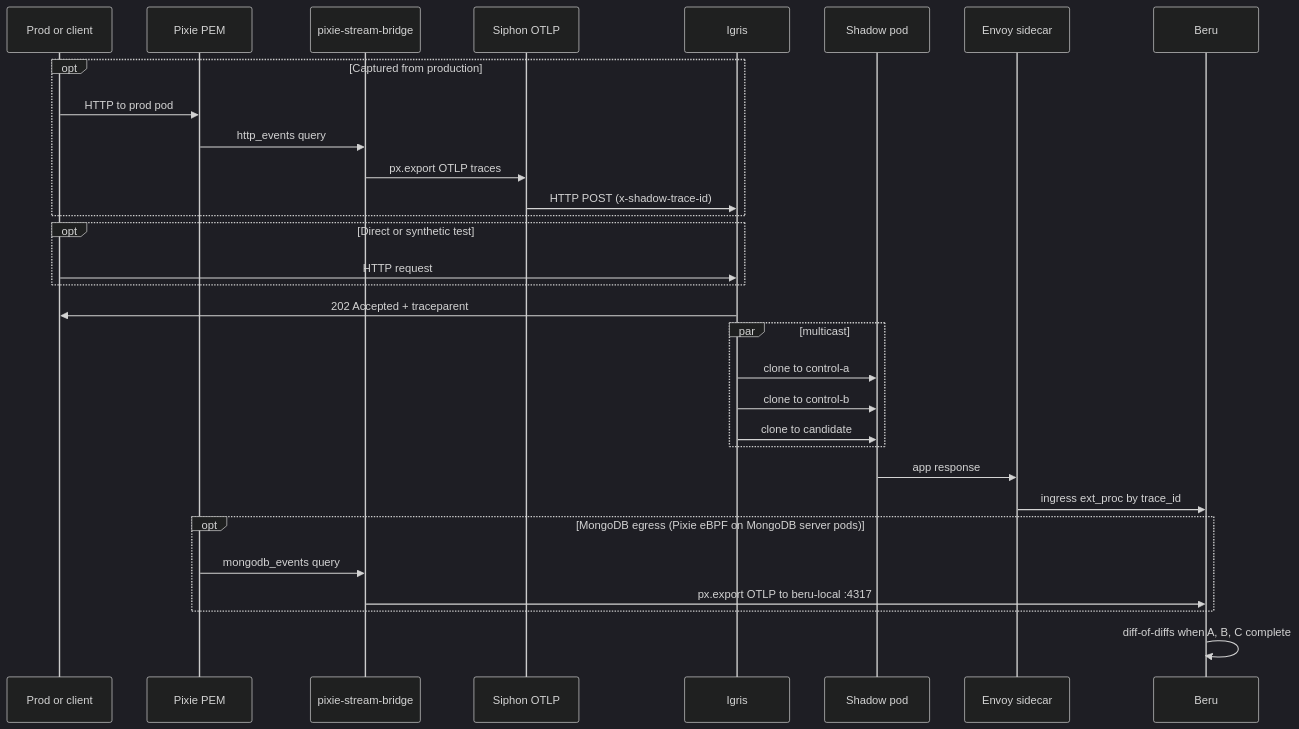
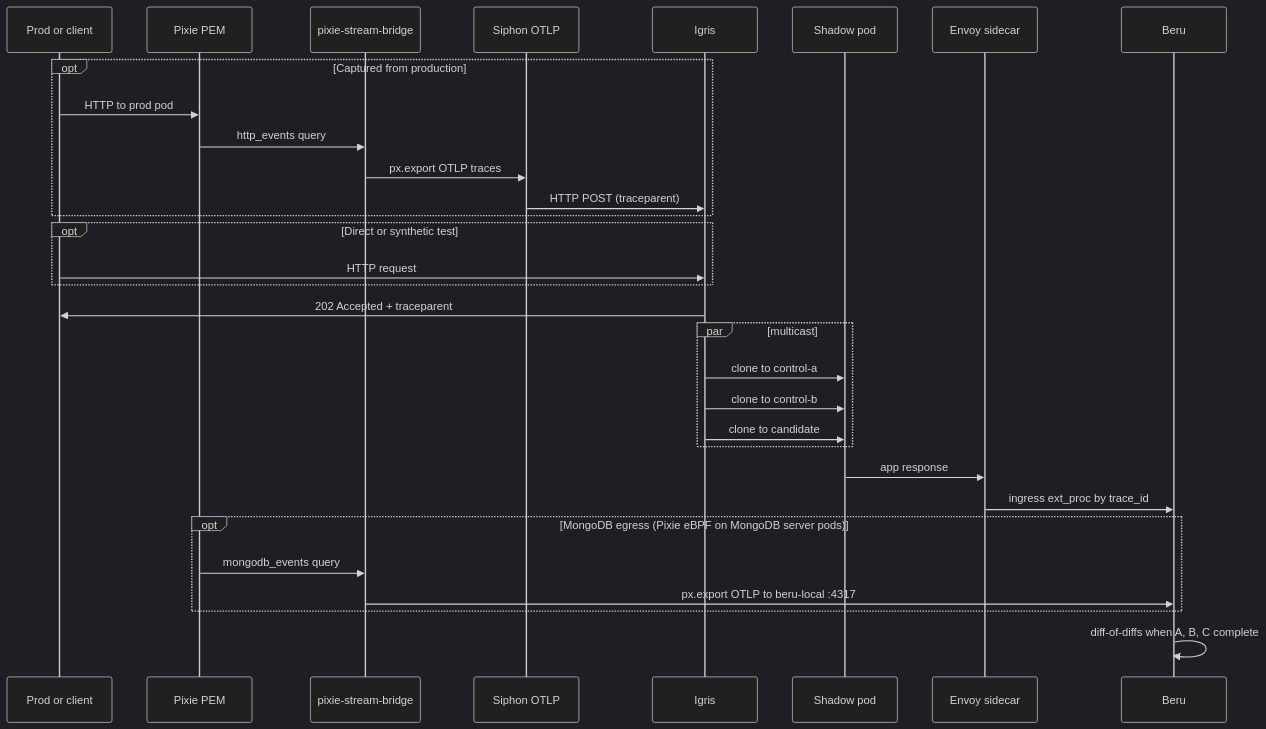
The third of 5 diagrams in docs/architecture/ARCHITECTURE.md (nederrgo/shadow-diff), drawn with Mermaid (dark theme) before and after one commit. The commit also changed other lines of this file and 161 other files, not shown here.

````diff
--- a/docs/architecture/ARCHITECTURE.md
+++ b/docs/architecture/ARCHITECTURE.md
@@ -294,34 +294,34 @@
 ```mermaid
 sequenceDiagram
   participant P as Prod or client
   participant Pix as Pixie PEM
   participant Br as pixie-stream-bridge
   participant S as Siphon OTLP
   participant I as Igris
   participant Sh as Shadow pod
   participant E as Envoy sidecar
   participant B as Beru
 
   opt Captured from production
     P->>Pix: HTTP to prod pod
     Pix->>Br: http_events query
     Br->>S: px.export OTLP traces
-    S->>I: HTTP POST (x-shadow-trace-id)
+    S->>I: HTTP POST (traceparent)
   end
   opt Direct or synthetic test
     P->>I: HTTP request
   end
   I->>P: 202 Accepted + traceparent
   par multicast
     I->>Sh: clone to control-a
     I->>Sh: clone to control-b
     I->>Sh: clone to candidate
   end
   Sh->>E: app response
   E->>B: ingress ext_proc by trace_id
   opt MongoDB egress (Pixie eBPF on MongoDB server pods)
     Pix->>Br: mongodb_events query
     Br->>B: px.export OTLP to beru-local :4317
   end
   B->>B: diff-of-diffs when A, B, C complete
 ```
````
